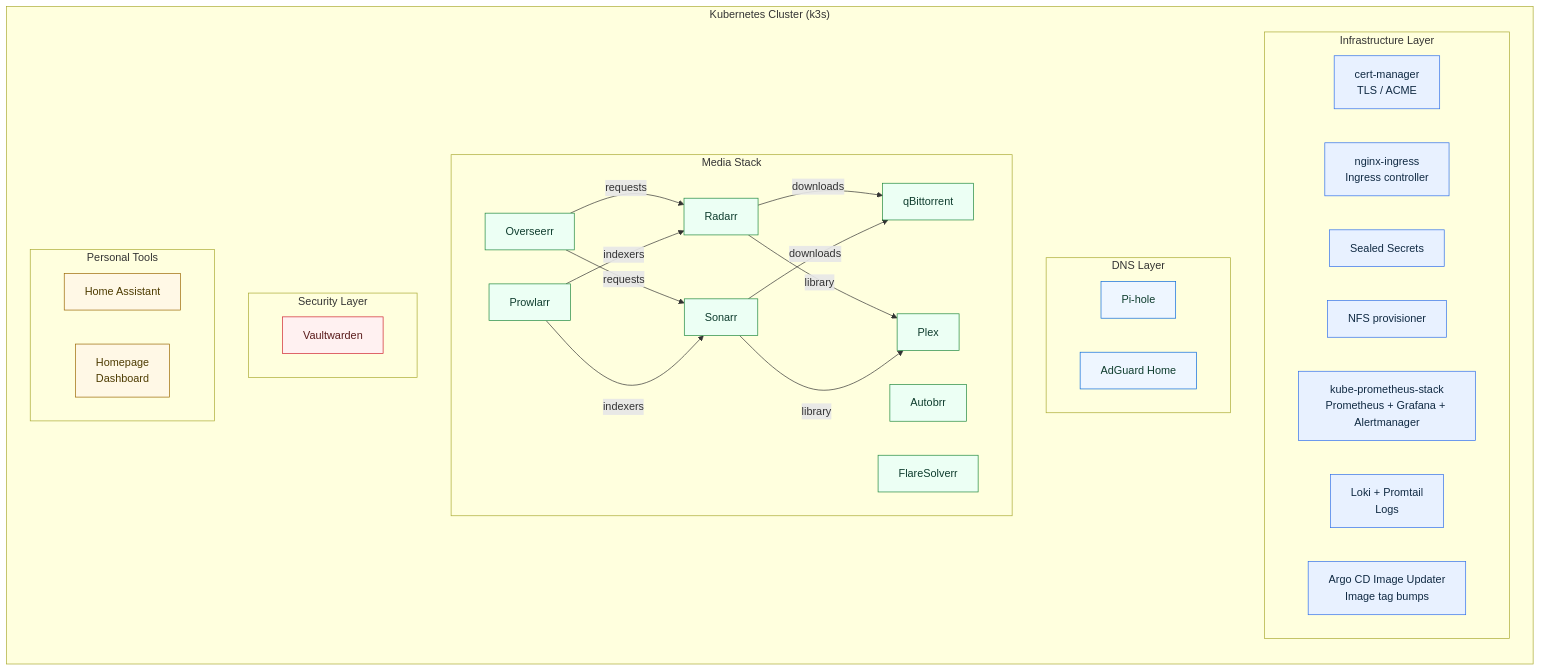
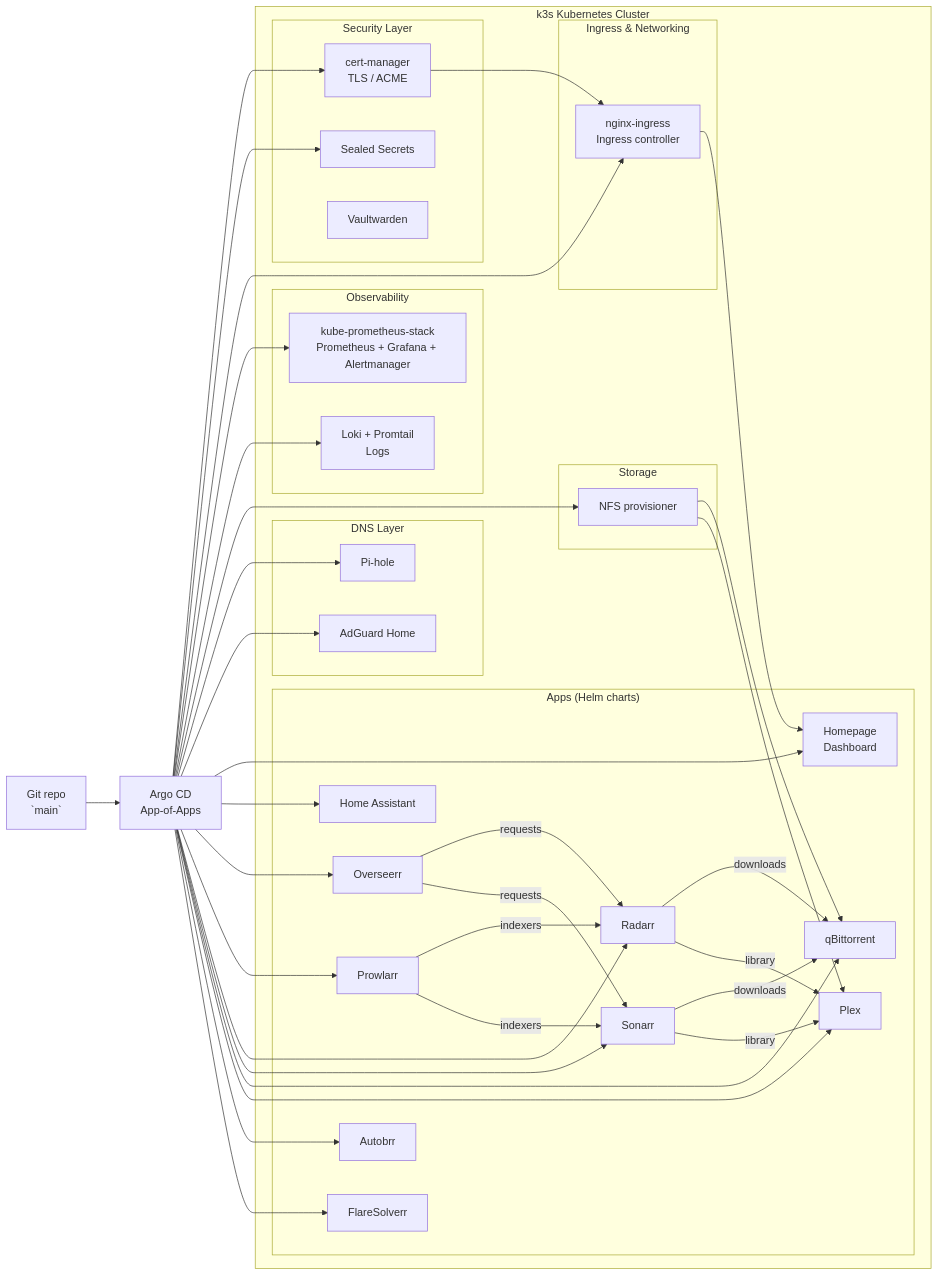
The diagram in README.md (Araneus84/homelab-k3s-stack), drawn with Mermaid before and after one commit.

Commit message:
updated mermaid

````diff
--- a/README.md
+++ b/README.md
@@ -16,60 +16,82 @@
 ```mermaid
 flowchart LR
-    subgraph cluster["Kubernetes Cluster (k3s)"]
-        subgraph infra["Infrastructure Layer"]
-            certmgr["cert-manager<br/>TLS / ACME"]
-            nginx["nginx-ingress<br/>Ingress controller"]
-            sealed["Sealed Secrets"]
-            nfs["NFS provisioner"]
-            prom["kube-prometheus-stack<br/>Prometheus + Grafana + Alertmanager"]
-            loki["Loki + Promtail<br/>Logs"]
-            imgup["Argo CD Image Updater<br/>Image tag bumps"]
-        end
+    git["Git repo<br/>`main`"] --> argo["Argo CD<br/>App-of-Apps"]
 
+    subgraph k8s["k3s Kubernetes Cluster"]
         subgraph dns["DNS Layer"]
             pihole["Pi-hole"]
             adguard["AdGuard Home"]
         end
 
-        subgraph media["Media Stack"]
+        subgraph security["Security Layer"]
+            certmgr["cert-manager<br/>TLS / ACME"]
+            sealed["Sealed Secrets"]
+            vaultwarden["Vaultwarden"]
+        end
+
+        subgraph edge["Ingress & Networking"]
+            nginx["nginx-ingress<br/>Ingress controller"]
+        end
+
+        subgraph monitoring["Observability"]
+            prom["kube-prometheus-stack<br/>Prometheus + Grafana + Alertmanager"]
+            loki["Loki + Promtail<br/>Logs"]
+        end
+
+        subgraph storage["Storage"]
+            nfs["NFS provisioner"]
+        end
+
+        subgraph media["Apps (Helm charts)"]
+            homepage["Homepage<br/>Dashboard"]
+            homeassistant["Home Assistant"]
+
             overseerr["Overseerr"]
             prowlarr["Prowlarr"]
             radarr["Radarr"]
             sonarr["Sonarr"]
             qbit["qBittorrent"]
             plex["Plex"]
             autobrr["Autobrr"]
             flaresolverr["FlareSolverr"]
         end
-
-        subgraph security["Security Layer"]
-            vaultwarden["Vaultwarden"]
-        end
-
-        subgraph tools["Personal Tools"]
-            homeassistant["Home Assistant"]
-            homepage["Homepage<br/>Dashboard"]
-        end
     end
 
+    %% GitOps wiring
+    argo --> certmgr
+    argo --> sealed
+    argo --> nginx
+    argo --> prom
+    argo --> loki
+    argo --> nfs
+    argo --> pihole
+    argo --> adguard
+    argo --> homepage
+    argo --> homeassistant
+    argo --> overseerr
+    argo --> prowlarr
+    argo --> radarr
+    argo --> sonarr
+    argo --> qbit
+    argo --> plex
+    argo --> autobrr
+    argo --> flaresolverr
+
+    %% TLS + access paths
+    certmgr --> nginx
+    nginx --> homepage
+
+    %% Shared storage consumers
+    nfs --> qbit
+    nfs --> plex
+
+    %% Media automation chain
     overseerr -->|requests| radarr
     overseerr -->|requests| sonarr
     prowlarr -->|indexers| radarr
     prowlarr -->|indexers| sonarr
     radarr -->|downloads| qbit
     sonarr -->|downloads| qbit
     radarr -->|library| plex
     sonarr -->|library| plex
-
-    classDef infra fill:#e8f1ff,stroke:#2f6feb,stroke-width:1px,color:#102a43;
-    classDef media fill:#ecfff4,stroke:#1f883d,stroke-width:1px,color:#0f3d2e;
-    classDef security fill:#fff1f1,stroke:#cf222e,stroke-width:1px,color:#5a1b1b;
-    classDef tools fill:#fff8e6,stroke:#9a6700,stroke-width:1px,color:#4d3b00;
-    classDef dns fill:#eef6ff,stroke:#0969da,stroke-width:1px,color:#0f3d2e;
-
-    class certmgr,nginx,sealed,nfs,prom,loki,imgup infra;
-    class overseerr,prowlarr,radarr,sonarr,qbit,plex,autobrr,flaresolverr media;
-    class vaultwarden security;
-    class homeassistant,homepage tools;
-    class pihole,adguard dns;
 ```
````
